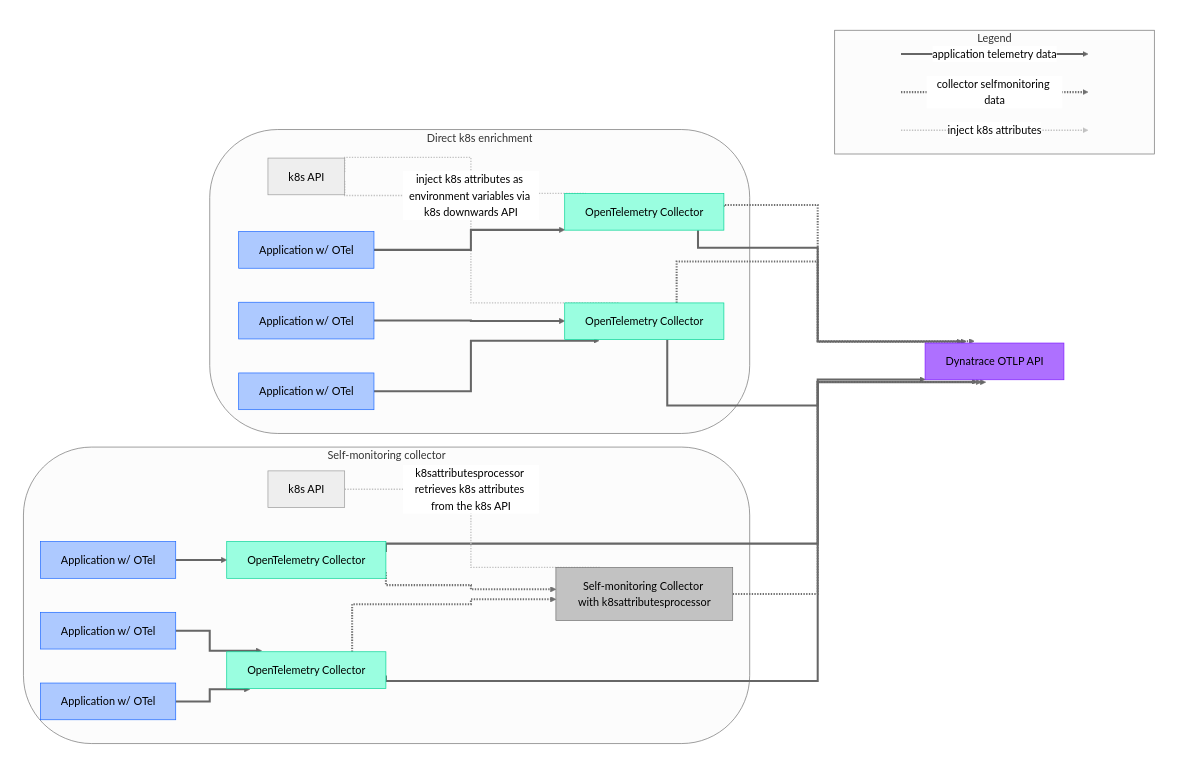
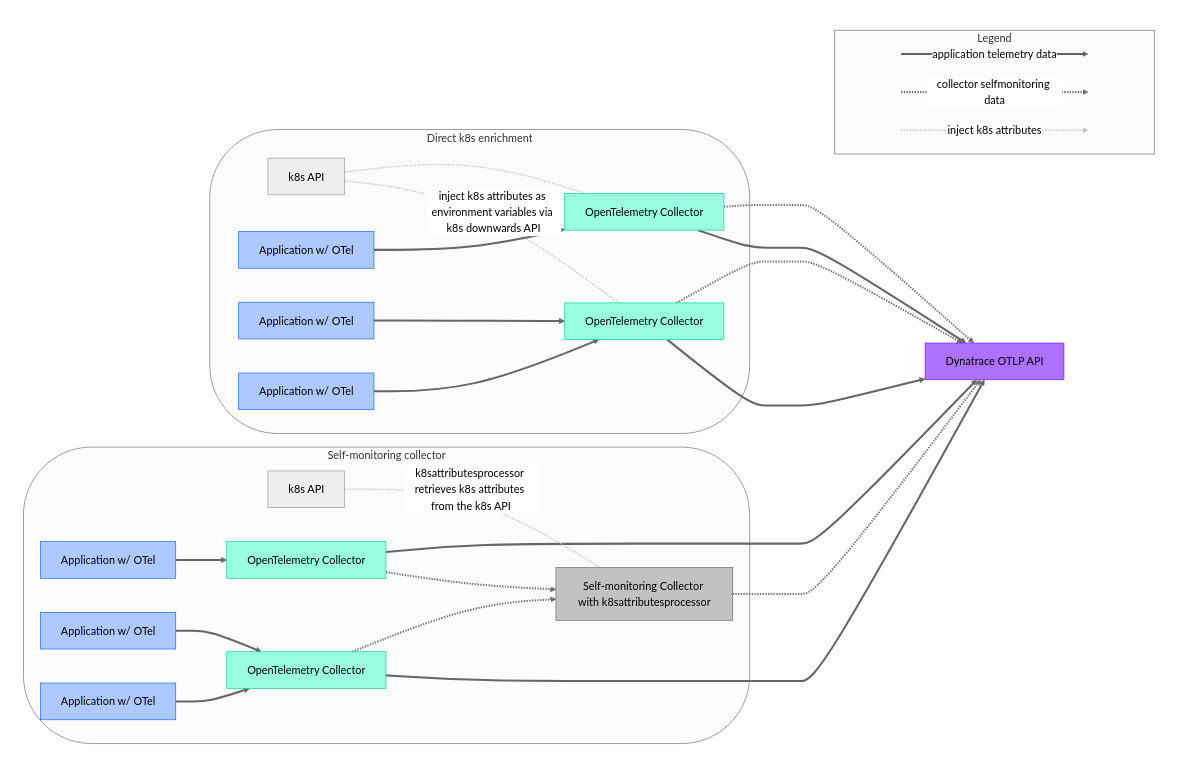
The diagram in docs/dashboards/README.md (Dynatrace/dynatrace-otel-collector), drawn with Mermaid (neutral theme) before and after one commit.

Commit message:
remove curve style that doesn't work

````diff
--- a/docs/dashboards/README.md
+++ b/docs/dashboards/README.md
@@ -97,5 +97,4 @@
 ```mermaid
-%%{ init: { 'flowchart': { 'curve': 'stepBefore' } } }%%
 flowchart LR
     subgraph alignOthersSg[" "]
         subgraph dtOtlpApi[" "]
````
